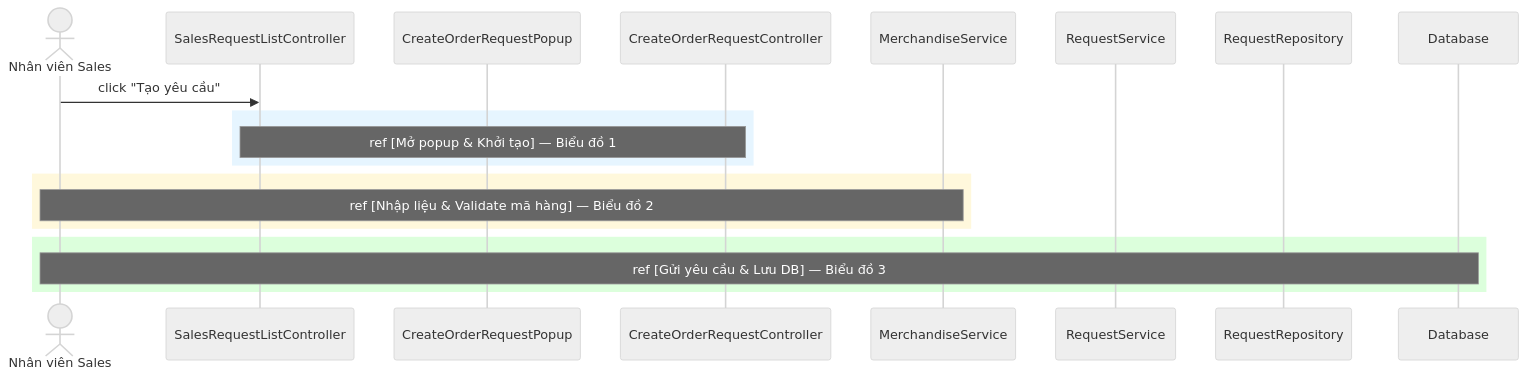
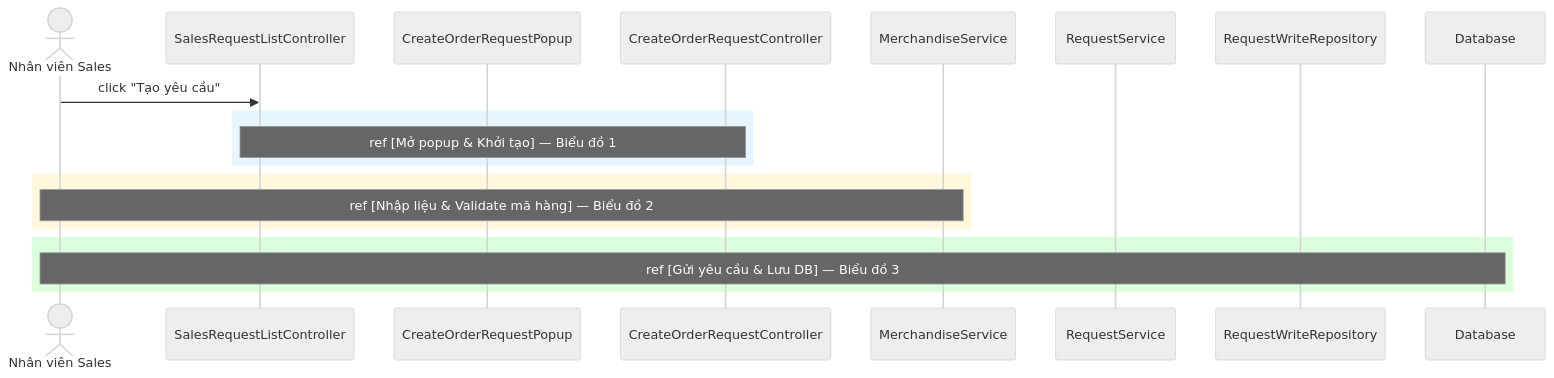
Before and after one commit to NeoCyber05/PRJ_ITSS: the diagram in docs/sd_overview.mmd, drawn with Mermaid (neutral theme). The commit also changed 12 other files, not shown here.

Commit message:
update refactor RequestRepository

```diff
--- a/docs/sd_overview.mmd
+++ b/docs/sd_overview.mmd
@@ -1,23 +1,23 @@
 sequenceDiagram
     actor User as Nhân viên Sales
     participant SalesCtrl as SalesRequestListController
     participant Popup as CreateOrderRequestPopup
     participant CreateCtrl as CreateOrderRequestController
     participant MerchSvc as MerchandiseService
     participant ReqSvc as RequestService
-    participant ReqRepo as RequestRepository
+    participant ReqRepo as RequestWriteRepository
     participant DB as Database
 
     User->>SalesCtrl: click "Tạo yêu cầu"
 
     rect rgb(230, 245, 255)
         Note over SalesCtrl, CreateCtrl: ref [Mở popup & Khởi tạo] — Biểu đồ 1
     end
 
     rect rgb(255, 248, 220)
         Note over User, MerchSvc: ref [Nhập liệu & Validate mã hàng] — Biểu đồ 2
     end
 
     rect rgb(220, 255, 220)
         Note over User, DB: ref [Gửi yêu cầu & Lưu DB] — Biểu đồ 3
     end
```
